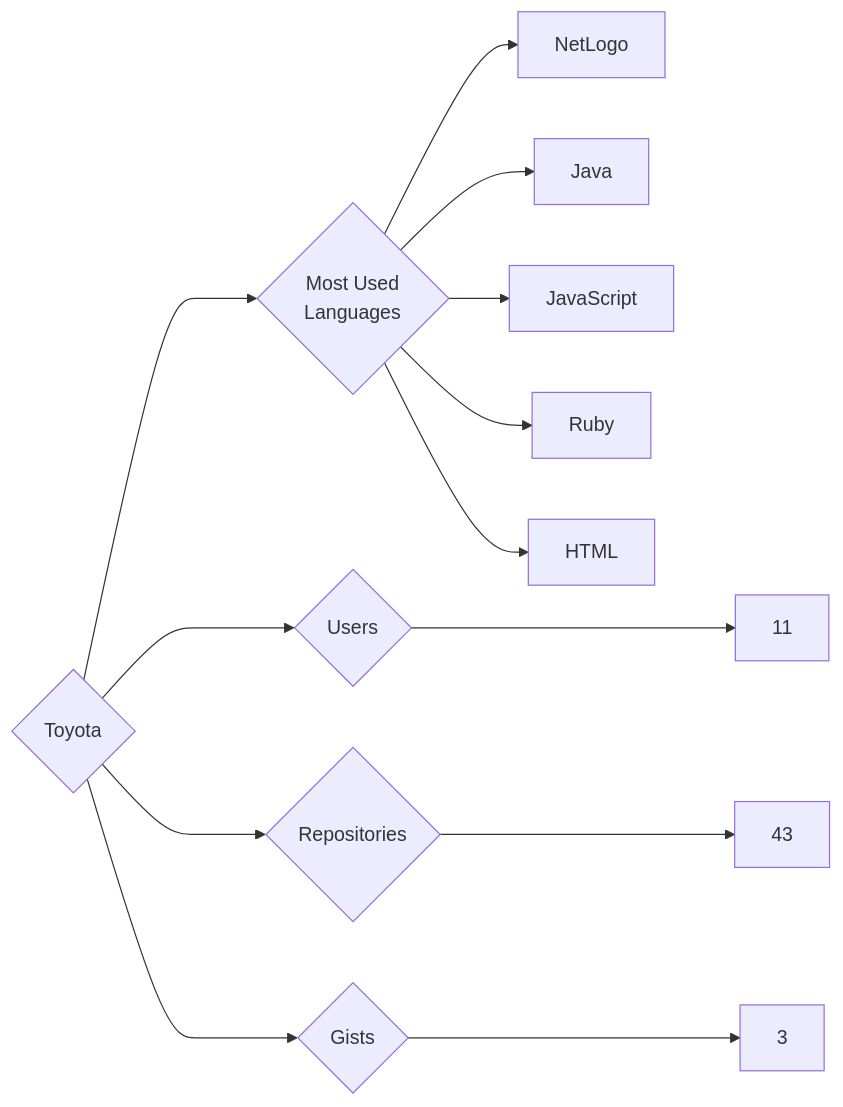
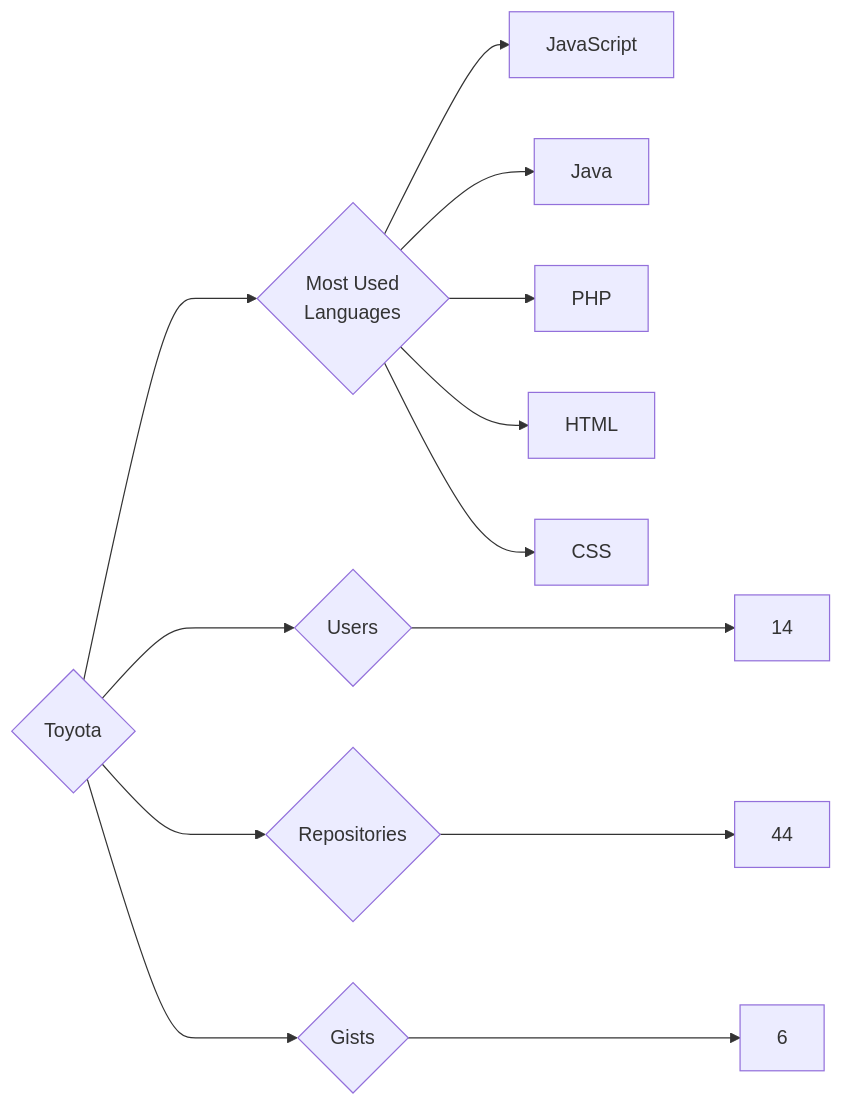
One commit to trickest/insiders changed the diagram in targets/Toyota/README.md. Above: the diagram before and after it, drawn with Mermaid. The commit also changed 582 other files, not shown here.

````diff
--- a/targets/Toyota/README.md
+++ b/targets/Toyota/README.md
@@ -3,13 +3,13 @@
 ```mermaid
 graph LR
 COMPANY_NAME{Toyota}
-COMPANY_NAME ---> U{Users} ---> UN[11]
-COMPANY_NAME ---> R{Repositories} ---> RN[43]
-COMPANY_NAME ---> G{Gists} ---> GN[3]
+COMPANY_NAME ---> U{Users} ---> UN[14]
+COMPANY_NAME ---> R{Repositories} ---> RN[44]
+COMPANY_NAME ---> G{Gists} ---> GN[6]
 COMPANY_NAME ---> ML{Most Used<br>Languages}
-ML --> NetLogo[NetLogo]
+ML --> JavaScript[JavaScript]
 ML --> Java[Java]
-ML --> JavaScript[JavaScript]
-ML --> Ruby[Ruby]
+ML --> PHP[PHP]
 ML --> HTML[HTML]
+ML --> CSS[CSS]
 ```
````
